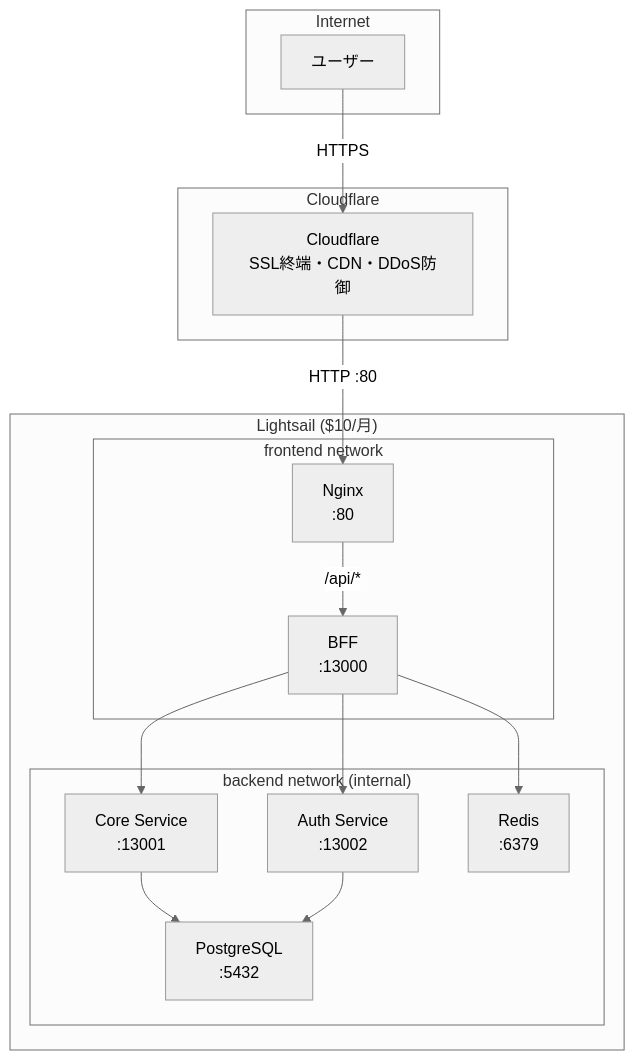
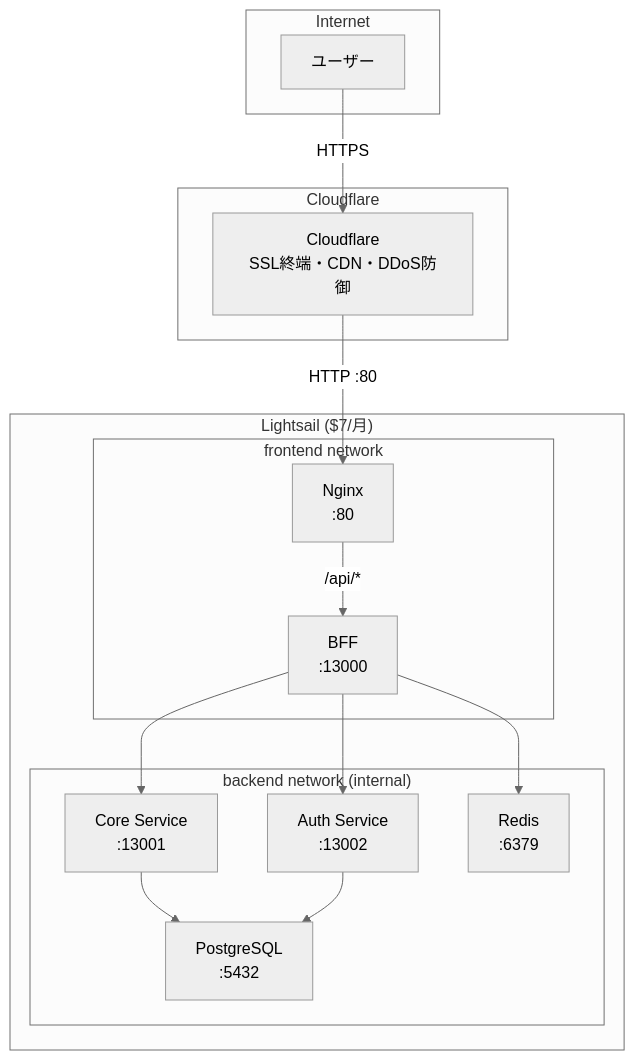
The diagram in infra/lightsail/README.md (ka2kama/ringiflow), drawn with Mermaid (neutral theme) before and after one commit. The commit also changed other lines of this file and 1 other file, not shown here.

First line of the commit message:
Update Lightsail plan from $10 (2GB) to $7 (1GB)

````diff
--- a/infra/lightsail/README.md
+++ b/infra/lightsail/README.md
@@ -15,32 +15,32 @@
 ```mermaid
 graph TB
     subgraph Internet
         User["ユーザー"]
     end
 
     subgraph Cloudflare
         CF["Cloudflare<br/>SSL終端・CDN・DDoS防御"]
     end
 
-    subgraph Lightsail["Lightsail ($10/月)"]
+    subgraph Lightsail["Lightsail ($7/月)"]
         subgraph Frontend["frontend network"]
             Nginx["Nginx<br/>:80"]
             BFF["BFF<br/>:13000"]
         end
         subgraph Backend["backend network (internal)"]
             CoreService["Core Service<br/>:13001"]
             AuthService["Auth Service<br/>:13002"]
             Postgres["PostgreSQL<br/>:5432"]
             Redis["Redis<br/>:6379"]
         end
     end
 
     User -->|HTTPS| CF
     CF -->|HTTP :80| Nginx
     Nginx -->|/api/*| BFF
     BFF --> CoreService
     BFF --> AuthService
     CoreService --> Postgres
     AuthService --> Postgres
     BFF --> Redis
 ```
````
